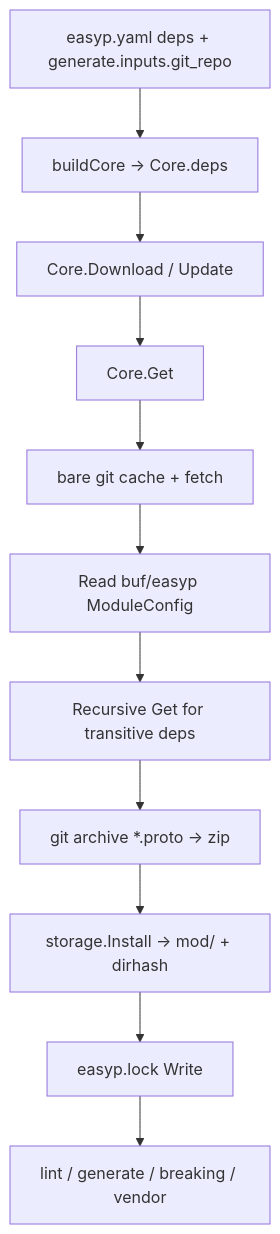
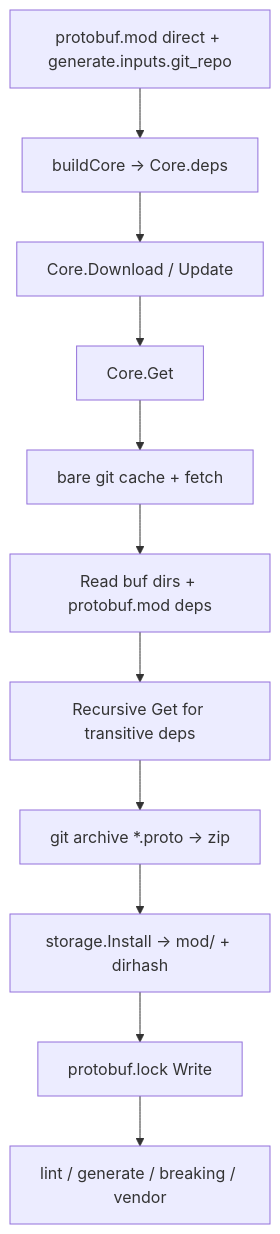
Before and after one commit to easyp-tech/easyp: the diagram in .spec/config/dependency.md, drawn with Mermaid. The commit also changed other lines of this file and 51 other files, not shown here.

````diff
--- a/.spec/config/dependency.md
+++ b/.spec/config/dependency.md
@@ -91,13 +99,13 @@
 ```mermaid
 flowchart TD
-  cfg["easyp.yaml deps + generate.inputs.git_repo"] --> buildCore["buildCore → Core.deps"]
+  cfg["protobuf.mod direct + generate.inputs.git_repo"] --> buildCore["buildCore → Core.deps"]
   buildCore --> download["Core.Download / Update"]
   download --> get["Core.Get"]
   get --> git["bare git cache + fetch"]
-  git --> modcfg["Read buf/easyp ModuleConfig"]
+  git --> modcfg["Read buf dirs + protobuf.mod deps"]
   modcfg --> indirect["Recursive Get for transitive deps"]
   indirect --> archive["git archive *.proto → zip"]
   archive --> install["storage.Install → mod/ + dirhash"]
-  install --> lock["easyp.lock Write"]
+  install --> lock["protobuf.lock Write"]
   lock --> consumers["lint / generate / breaking / vendor"]
 ```
````
